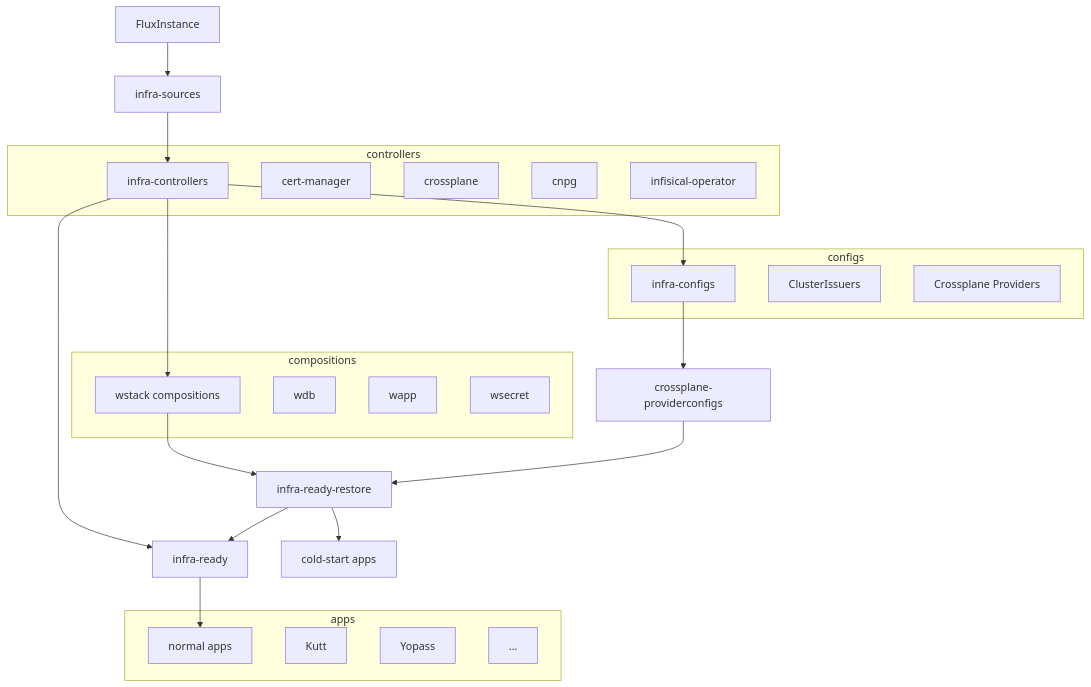
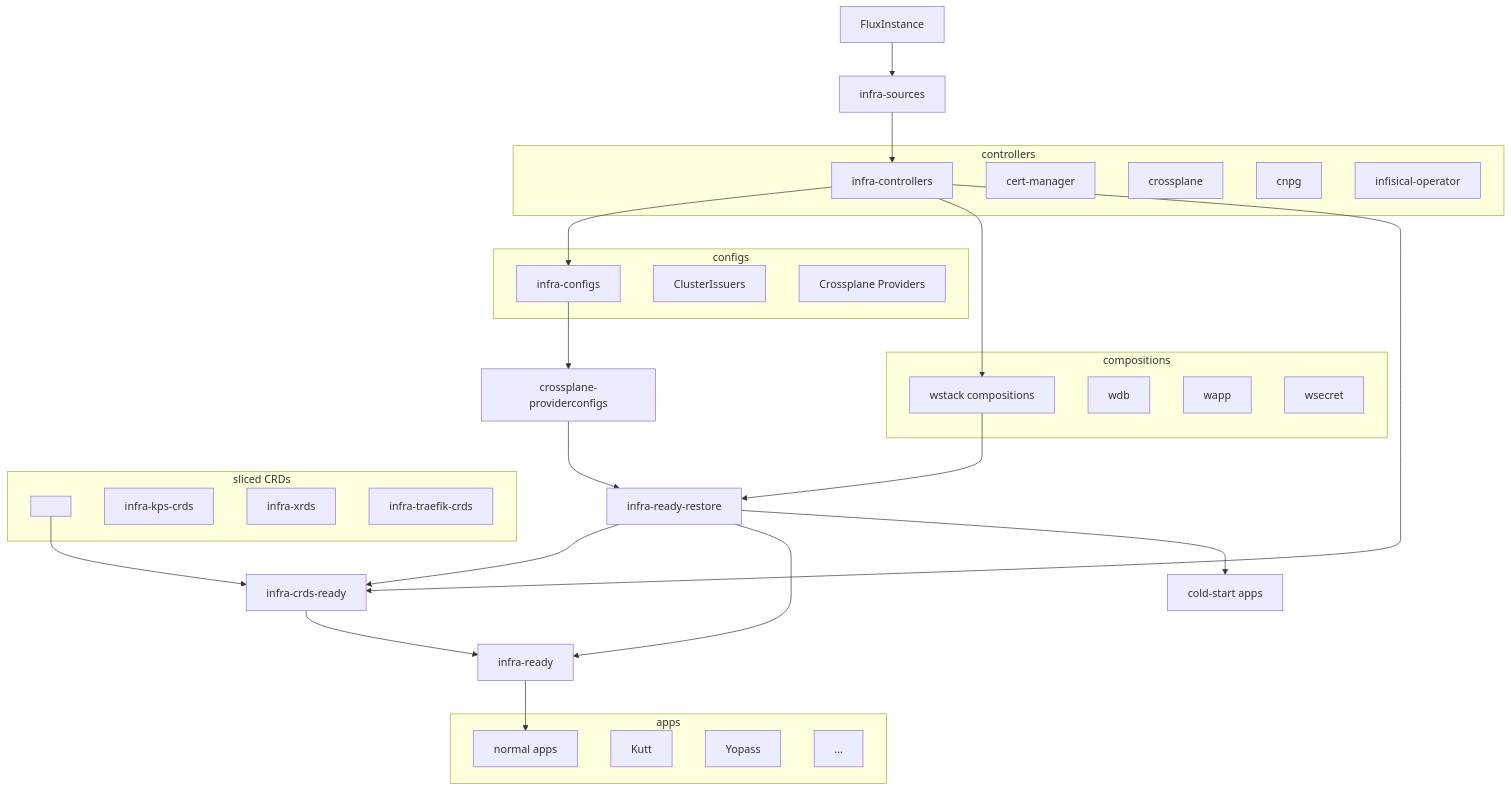
The second of 2 diagrams in migrations/argocd-to-flux.md (vtmocanu/hai), drawn with Mermaid before and after one commit. The commit also changed other lines of this file and 8 other files, not shown here.

````diff
--- a/migrations/argocd-to-flux.md
+++ b/migrations/argocd-to-flux.md
@@ -772,42 +807,52 @@
 ```mermaid
 graph TD
     FI[FluxInstance] --> IS[infra-sources]
     IS --> IC[infra-controllers]
     IC --> ICfg[infra-configs]
     IC --> WSTACK[wstack compositions]
     ICfg --> PC[crossplane-providerconfigs]
     PC --> RR[infra-ready-restore]
     WSTACK --> RR
-    RR --> RDY[infra-ready]
+    RR --> CRDS[infra-crds-ready]
+    IC --> CRDS
+    SLICED --> CRDS
+    CRDS --> RDY[infra-ready]
+    RR --> RDY
     RR --> RestoreApps[cold-start apps]
-    IC --> RDY
     RDY --> Apps[normal apps]
 
     subgraph "controllers"
         IC
         CM[cert-manager]
         XP[crossplane]
         CNPG[cnpg]
         IO[infisical-operator]
     end
 
     subgraph "configs"
         ICfg
         CI[ClusterIssuers]
         XProv[Crossplane Providers]
     end
 
     subgraph "compositions"
         WSTACK
         WDB[wdb]
         WAPP[wapp]
         WSEC[wsecret]
     end
 
+    subgraph "sliced CRDs"
+        SLICED[ ]
+        KPS[infra-kps-crds]
+        XRDS[infra-xrds]
+        TCRD[infra-traefik-crds]
+    end
+
     subgraph "apps"
         Apps
         Kutt
         Yopass
         Other[...]
     end
 ```
````
